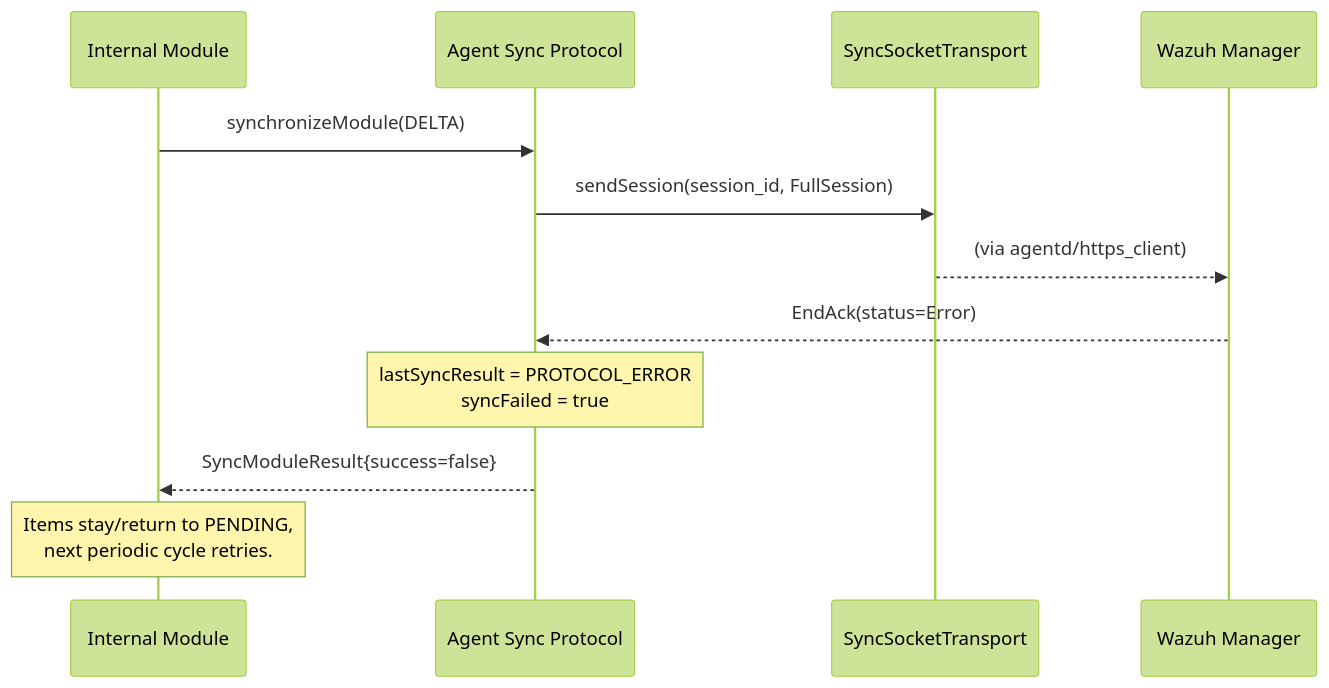
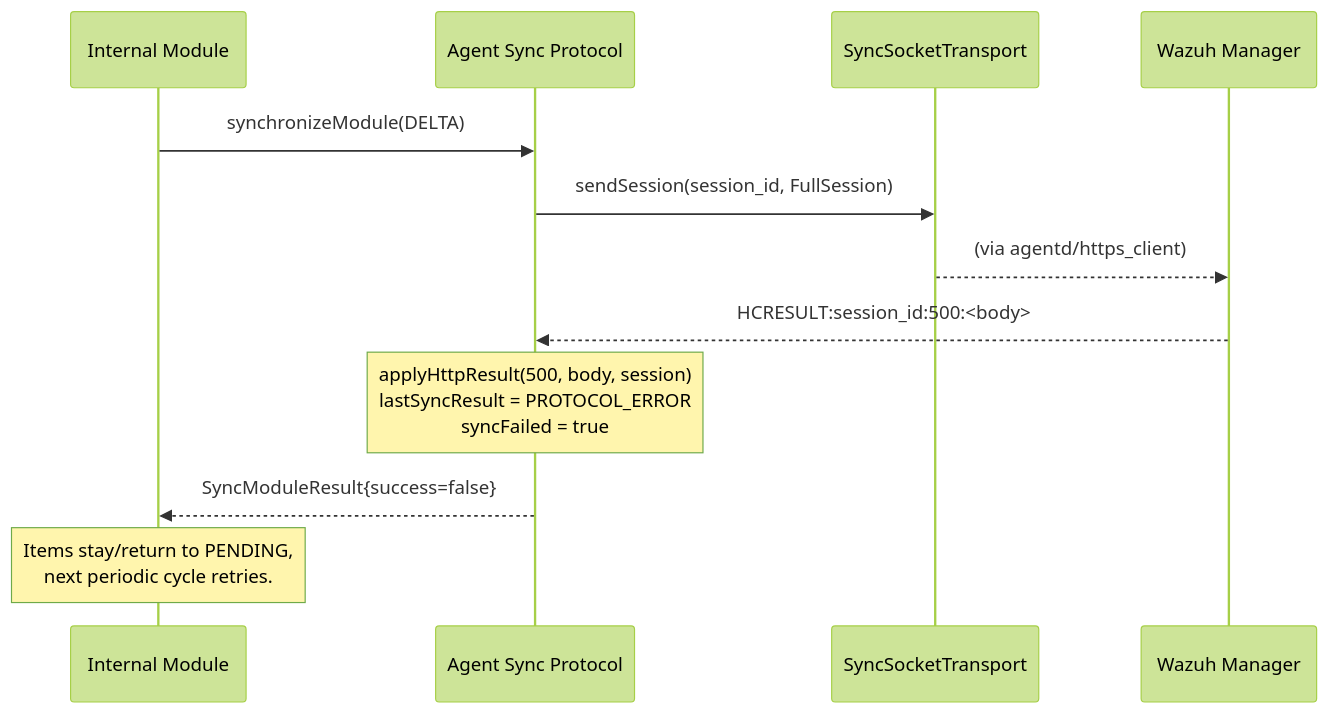
One commit to wazuh/wazuh changed the tenth of 12 diagrams in docs/ref/modules/utils/sync-protocol/sequence-diagrams.md. Above: the diagram before and after it, drawn with Mermaid (forest theme). The commit also changed other lines of this file and 55 other files, not shown here.

````diff
--- a/docs/ref/modules/utils/sync-protocol/sequence-diagrams.md
+++ b/docs/ref/modules/utils/sync-protocol/sequence-diagrams.md
@@ -259,17 +264,17 @@
 ```mermaid
 sequenceDiagram
     participant Module as Internal Module
     participant ASP as Agent Sync Protocol
     participant Transport as SyncSocketTransport
     participant Manager as Wazuh Manager
 
     Module->>ASP: synchronizeModule(DELTA)
     ASP->>Transport: sendSession(session_id, FullSession)
     Transport-->>Manager: (via agentd/https_client)
 
-    Manager-->>ASP: EndAck(status=Error)
-    Note over ASP: lastSyncResult = PROTOCOL_ERROR<br/>syncFailed = true
+    Manager-->>ASP: HCRESULT:session_id:500:<body>
+    Note over ASP: applyHttpResult(500, body, session)<br/>lastSyncResult = PROTOCOL_ERROR<br/>syncFailed = true
 
     ASP-->>Module: SyncModuleResult{success=false}
     Note over Module: Items stay/return to PENDING,<br/>next periodic cycle retries.
 ```
````
